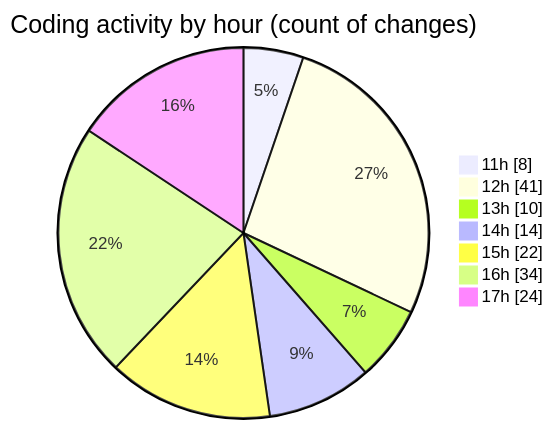
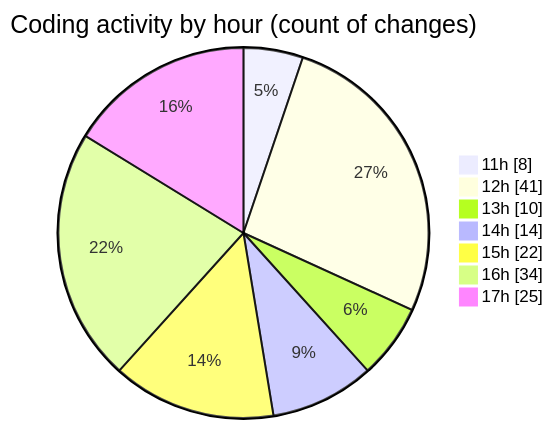
The second of 2 diagrams in 2025-05-04/project/README.md (BS-eng2023/code-tracking), drawn with Mermaid before and after one commit. The commit also changed other lines of this file and 1 other file, not shown here.

````diff
--- a/2025-05-04/project/README.md
+++ b/2025-05-04/project/README.md
@@ -54,11 +54,11 @@
 ```mermaid
 pie showData
 title Coding activity by hour (count of changes)
 "11h" : 8
 "12h" : 41
 "13h" : 10
 "14h" : 14
 "15h" : 22
 "16h" : 34
-"17h" : 24
+"17h" : 25
 ```
````
